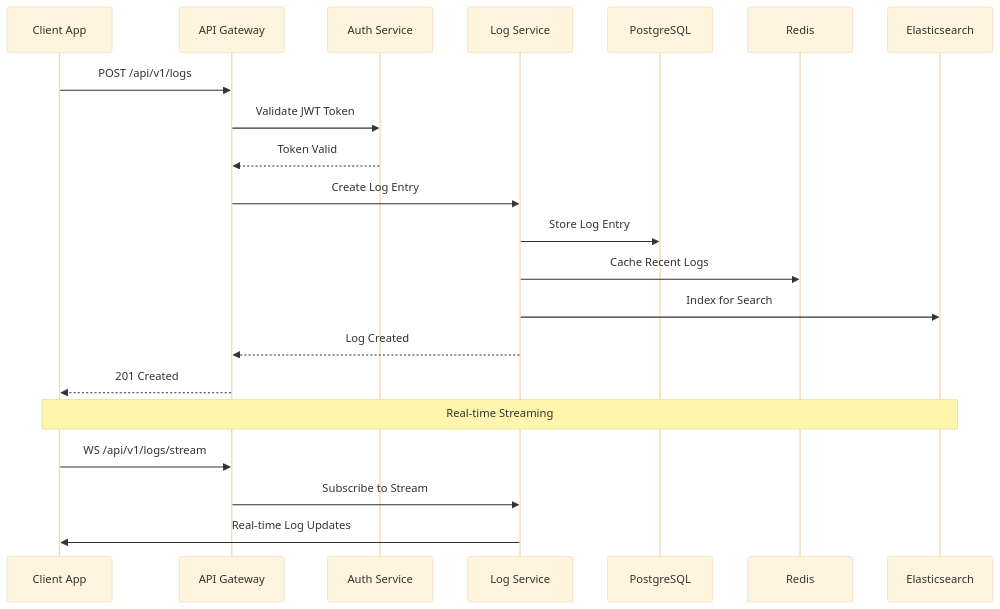
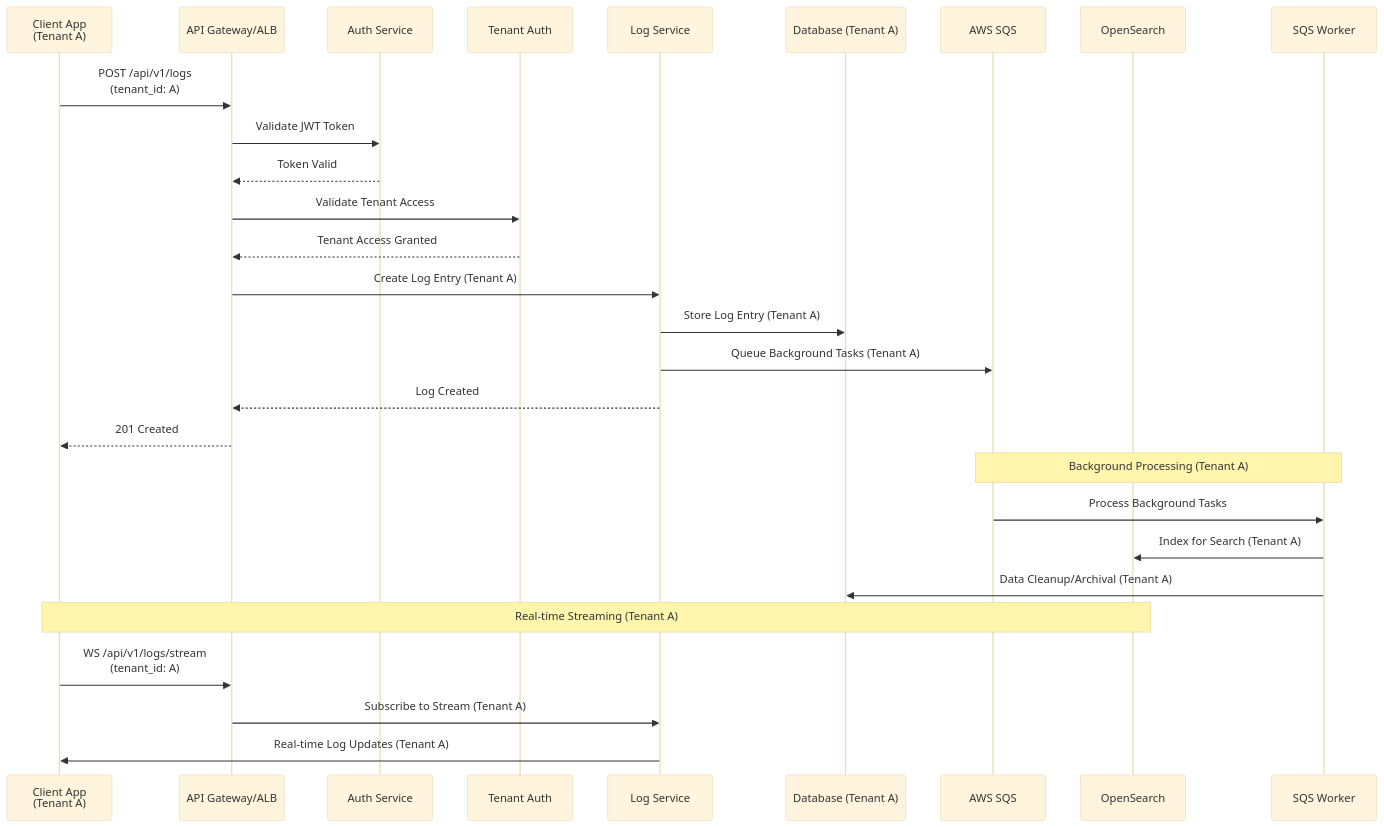
One commit to resola-ai/challenges changed the second of 2 diagrams in ocelot/README.md. Above: the diagram before and after it, drawn with Mermaid (base theme). The commit also changed other lines of this file, not shown here.

Commit message:
Update README.md to incorporate multi-tenancy features, including tenant ID support, tenant isolation, and tenant-based access control. Enhance API design and database schema sections to reflect these changes, ensuring comprehensive documentation for the audit logging system.

````diff
--- a/ocelot/README.md
+++ b/ocelot/README.md
@@ -141,25 +179,33 @@
 ```mermaid
 sequenceDiagram
-    participant Client as Client App
-    participant API as API Gateway
+    participant Client as Client App<br/>(Tenant A)
+    participant Gateway as API Gateway/ALB
     participant Auth as Auth Service
+    participant TenantAuth as Tenant Auth
     participant Log as Log Service
-    participant DB as PostgreSQL
-    participant Cache as Redis
-    participant Search as Elasticsearch
+    participant DB as Database (Tenant A)
+    participant SQS as AWS SQS
+    participant Search as OpenSearch
+    participant Worker as SQS Worker
     
-    Client->>API: POST /api/v1/logs
-    API->>Auth: Validate JWT Token
-    Auth-->>API: Token Valid
-    API->>Log: Create Log Entry
-    Log->>DB: Store Log Entry
-    Log->>Cache: Cache Recent Logs
-    Log->>Search: Index for Search
-    Log-->>API: Log Created
-    API-->>Client: 201 Created
+    Client->>Gateway: POST /api/v1/logs<br/>(tenant_id: A)
+    Gateway->>Auth: Validate JWT Token
+    Auth-->>Gateway: Token Valid
+    Gateway->>TenantAuth: Validate Tenant Access
+    TenantAuth-->>Gateway: Tenant Access Granted
+    Gateway->>Log: Create Log Entry (Tenant A)
+    Log->>DB: Store Log Entry (Tenant A)
+    Log->>SQS: Queue Background Tasks (Tenant A)
+    Log-->>Gateway: Log Created
+    Gateway-->>Client: 201 Created
     
-    Note over Client,Search: Real-time Streaming
-    Client->>API: WS /api/v1/logs/stream
-    API->>Log: Subscribe to Stream
-    Log->>Client: Real-time Log Updates
+    Note over SQS,Worker: Background Processing (Tenant A)
+    SQS->>Worker: Process Background Tasks
+    Worker->>Search: Index for Search (Tenant A)
+    Worker->>DB: Data Cleanup/Archival (Tenant A)
+    
+    Note over Client,Search: Real-time Streaming (Tenant A)
+    Client->>Gateway: WS /api/v1/logs/stream<br/>(tenant_id: A)
+    Gateway->>Log: Subscribe to Stream (Tenant A)
+    Log->>Client: Real-time Log Updates (Tenant A)
 ```
````
